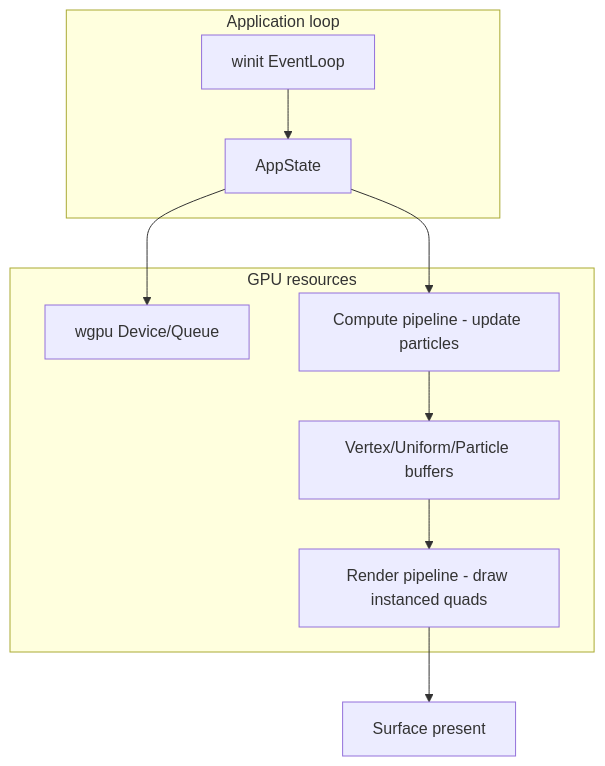
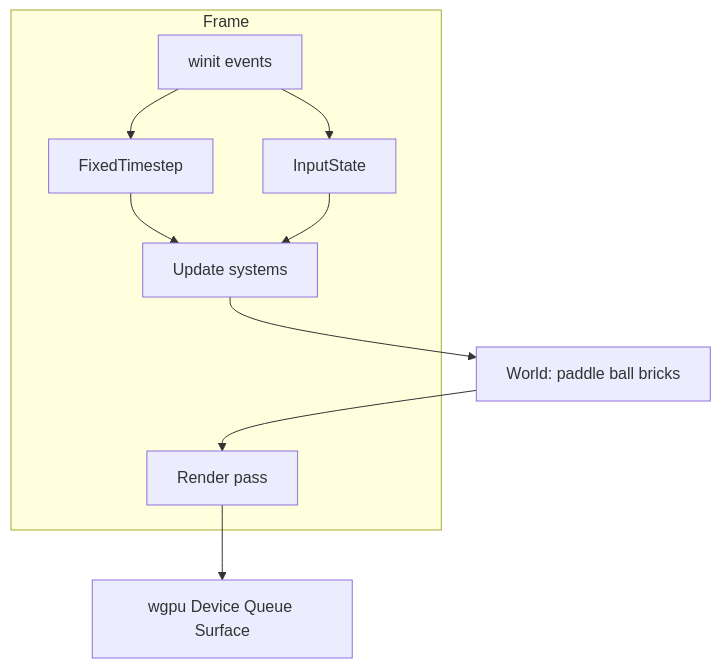
The diagram in rust-webgpu/docs/VISION.md (branberry/socratic-playground), drawn with Mermaid before and after one commit. The commit also changed other lines of this file and 7 other files, not shown here.

Commit message:
update rust-webgpu roadmap

````diff
--- a/rust-webgpu/docs/VISION.md
+++ b/rust-webgpu/docs/VISION.md
@@ -49,19 +81,17 @@
 ```mermaid
 flowchart TB
-    subgraph app [Application loop]
-        Winit[winit EventLoop]
-        State[AppState]
-    end
-    subgraph gpu [GPU resources]
-        Device[wgpu Device/Queue]
-        Buffers[Vertex/Uniform/Particle buffers]
-        Compute[Compute pipeline - update particles]
-        Render[Render pipeline - draw instanced quads]
-    end
-    Winit --> State
-    State --> Device
-    State --> Compute
-    Compute --> Buffers
-    Buffers --> Render
-    Render --> Surface[Surface present]
+  subgraph frame [Frame]
+    Events[winit events]
+    Input[InputState]
+    Time[FixedTimestep]
+    Update[Update systems]
+    Render[Render pass]
+  end
+  Events --> Input
+  Events --> Time
+  Time --> Update
+  Input --> Update
+  Update --> World[World: paddle ball bricks]
+  World --> Render
+  Render --> GPU[wgpu Device Queue Surface]
 ```
````
